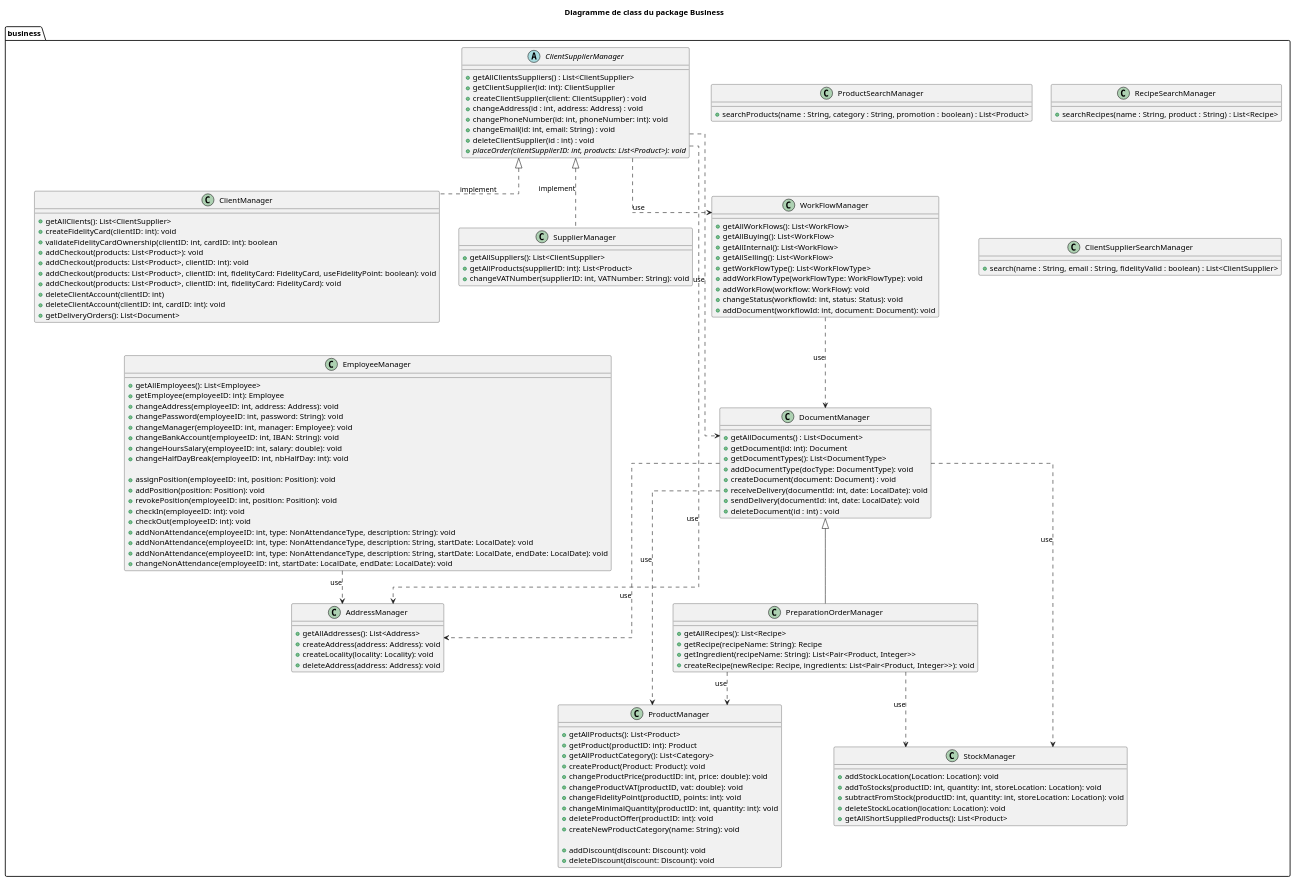
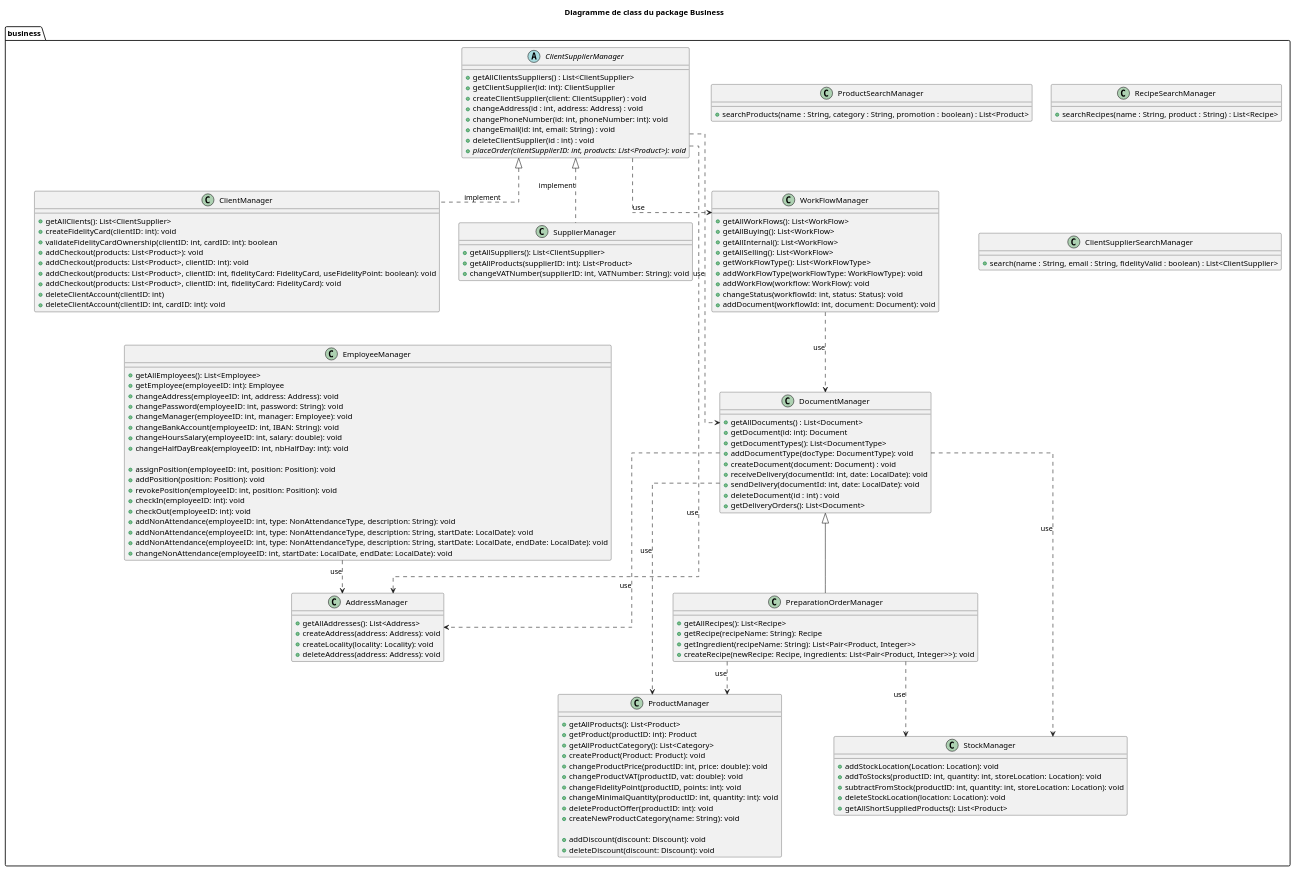
One commit to YannisVanAchter/IG252-java-project changed the diagram in doc/business.class.puml. Above: the diagram before and after it, drawn with PlantUML. The commit also changed other lines of this file and 14 other files, not shown here.

```diff
--- a/doc/business.class.puml
+++ b/doc/business.class.puml
@@ -1,156 +1,156 @@
 @startuml "business class diagram"
 
 title "Diagramme de class du package Business"
 
 ' top to bottom direction
 skinparam linetype ortho
 ' skinparam linetype polyline
 
 package business {
 
     class DocumentManager {
         +getAllDocuments() : List<Document>
         +getDocument(id: int): Document
         +getDocumentTypes(): List<DocumentType>
         +addDocumentType(docType: DocumentType): void
         +createDocument(document: Document) : void
         +receiveDelivery(documentId: int, date: LocalDate): void
         +sendDelivery(documentId: int, date: LocalDate): void
         +deleteDocument(id : int) : void
+        +getDeliveryOrders(): List<Document>
     }
 
     class PreparationOrderManager {
         +getAllRecipes(): List<Recipe>
         +getRecipe(recipeName: String): Recipe
         +getIngredient(recipeName: String): List<Pair<Product, Integer>>
         +createRecipe(newRecipe: Recipe, ingredients: List<Pair<Product, Integer>>): void
     }
 
     class WorkFlowManager {
         +getAllWorkFlows(): List<WorkFlow>
         +getAllBuying(): List<WorkFlow>
         +getAllInternal(): List<WorkFlow>
         +getAllSelling(): List<WorkFlow>
         +getWorkFlowType(): List<WorkFlowType>
         +addWorkFlowType(workFlowType: WorkFlowType): void
         +addWorkFlow(workflow: WorkFlow): void
         +changeStatus(workflowId: int, status: Status): void
         +addDocument(workflowId: int, document: Document): void
     }
 
     abstract class ClientSupplierManager {
         +getAllClientsSuppliers() : List<ClientSupplier>
         +getClientSupplier(id: int): ClientSupplier
         +createClientSupplier(client: ClientSupplier) : void
         +changeAddress(id : int, address: Address) : void
         +changePhoneNumber(id: int, phoneNumber: int): void
         +changeEmail(id: int, email: String) : void
         +deleteClientSupplier(id : int) : void
         {abstract} + placeOrder(clientSupplierID: int, products: List<Product>): void
     }
 
     class ClientManager {
         +getAllClients(): List<ClientSupplier>
         +createFidelityCard(clientID: int): void
         +validateFidelityCardOwnership(clientID: int, cardID: int): boolean
         +addCheckout(products: List<Product>): void
         +addCheckout(products: List<Product>, clientID: int): void
         +addCheckout(products: List<Product>, clientID: int, fidelityCard: FidelityCard, useFidelityPoint: boolean): void
         +addCheckout(products: List<Product>, clientID: int, fidelityCard: FidelityCard): void
         +deleteClientAccount(clientID: int)
         +deleteClientAccount(clientID: int, cardID: int): void
-        +getDeliveryOrders(): List<Document>
     }
 
     class SupplierManager {
         +getAllSuppliers(): List<ClientSupplier>
         +getAllProducts(supplierID: int): List<Product>
         +changeVATNumber(supplierID: int, VATNumber: String): void
     }
 
     class ProductManager {
         +getAllProducts(): List<Product>
         +getProduct(productID: int): Product
         +getAllProductCategory(): List<Category>
         +createProduct(Product: Product): void
         +changeProductPrice(productID: int, price: double): void
         +changeProductVAT(productID, vat: double): void
         +changeFidelityPoint(productID, points: int): void
         +changeMinimalQuantity(productID: int, quantity: int): void
         +deleteProductOffer(productID: int): void
         +createNewProductCategory(name: String): void
 
         +addDiscount(discount: Discount): void
         +deleteDiscount(discount: Discount): void
     }
 
     class EmployeeManager {
         +getAllEmployees(): List<Employee>
         +getEmployee(employeeID: int): Employee
         +changeAddress(employeeID: int, address: Address): void
         +changePassword(employeeID: int, password: String): void
         +changeManager(employeeID: int, manager: Employee): void
         +changeBankAccount(employeeID: int, IBAN: String): void
         +changeHoursSalary(employeeID: int, salary: double): void
         +changeHalfDayBreak(employeeID: int, nbHalfDay: int): void
 
         +assignPosition(employeeID: int, position: Position): void
         +addPosition(position: Position): void
         +revokePosition(employeeID: int, position: Position): void
         +checkIn(employeeID: int): void
         +checkOut(employeeID: int): void
         +addNonAttendance(employeeID: int, type: NonAttendanceType, description: String): void
         +addNonAttendance(employeeID: int, type: NonAttendanceType, description: String, startDate: LocalDate): void
         +addNonAttendance(employeeID: int, type: NonAttendanceType, description: String, startDate: LocalDate, endDate: LocalDate): void
         +changeNonAttendance(employeeID: int, startDate: LocalDate, endDate: LocalDate): void
     }
 
     class AddressManager {
         +getAllAddresses(): List<Address>
         +createAddress(address: Address): void
         +createLocality(locality: Locality): void
         +deleteAddress(address: Address): void
     }
 
     class ProductSearchManager {
         +searchProducts(name : String, category : String, promotion : boolean) : List<Product>
     }
 
     class RecipeSearchManager {
         +searchRecipes(name : String, product : String) : List<Recipe>
     }
 
     class ClientSupplierSearchManager {
         +search(name : String, email : String, fidelityValid : boolean) : List<ClientSupplier>
     }
 
     class StockManager {
         +addStockLocation(Location: Location): void
         +addToStocks(productID: int, quantity: int, storeLocation: Location): void
         +subtractFromStock(productID: int, quantity: int, storeLocation: Location): void
         +deleteStockLocation(location: Location): void
         +getAllShortSuppliedProducts(): List<Product>
     }
 
     DocumentManager <|-- PreparationOrderManager
 
     ClientSupplierManager <|.. ClientManager: implement
     ClientSupplierManager <|.. SupplierManager: implement
 
     ClientSupplierManager ..> DocumentManager: use
     ClientSupplierManager ..> WorkFlowManager: use
 
     EmployeeManager ..> AddressManager: use
     ClientSupplierManager ..> AddressManager: use
     DocumentManager ..> AddressManager: use
 
     DocumentManager ..> StockManager: use
     DocumentManager ..> ProductManager: use
 
     PreparationOrderManager ..> ProductManager: use
     PreparationOrderManager ..> StockManager: use
 
     WorkFlowManager ..> DocumentManager: use
 }
 
 @enduml
```
